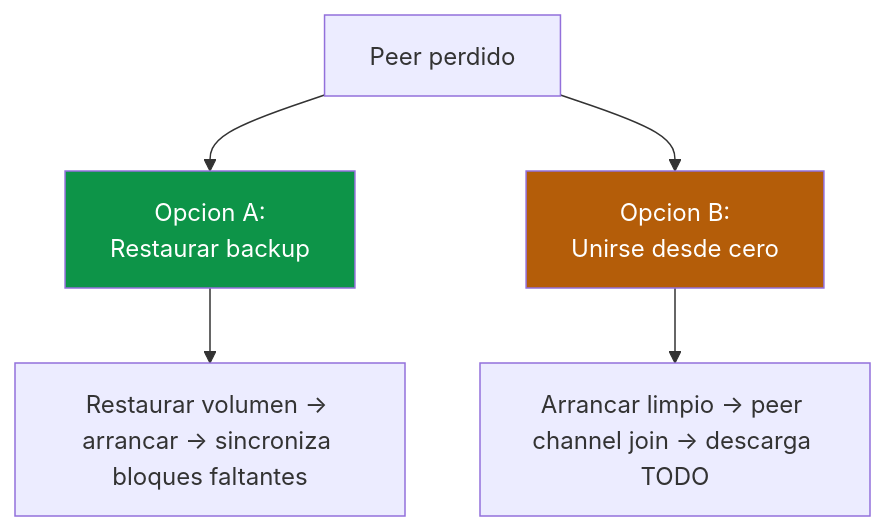
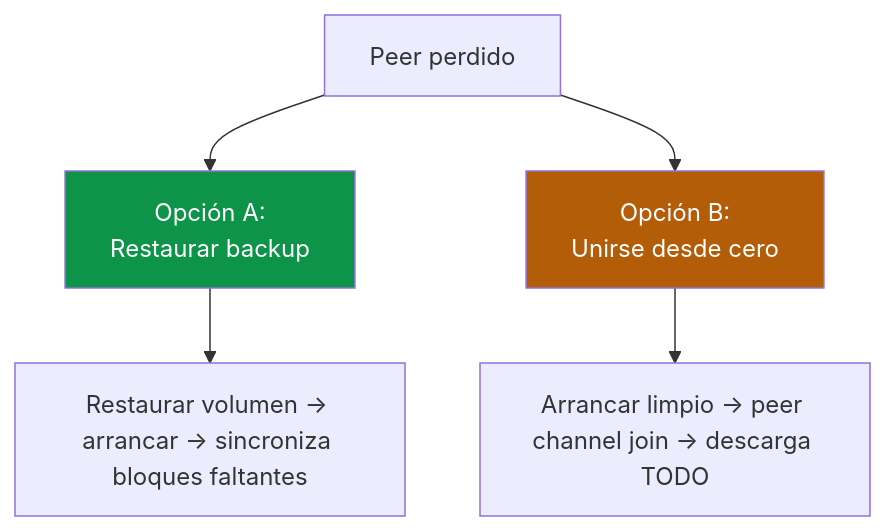
The seventh of 7 diagrams in Modulo-2/06-operaciones-administracion.md (jjnieto/Curso-HLFabric), drawn with Mermaid before and after one commit. The commit also changed other lines of this file, not shown here.

````diff
--- a/Modulo-2/06-operaciones-administracion.md
+++ b/Modulo-2/06-operaciones-administracion.md
@@ -817,11 +1069,11 @@
 ```mermaid
 graph TB
-    LOST["Peer perdido"] --> A["Opcion A:<br/>Restaurar backup"]
-    LOST --> B["Opcion B:<br/>Unirse desde cero"]
+    LOST["Peer perdido"] --> A["Opción A:<br/>Restaurar backup"]
+    LOST --> B["Opción B:<br/>Unirse desde cero"]
 
     A --> A1["Restaurar volumen → arrancar → sincroniza bloques faltantes"]
     B --> B1["Arrancar limpio → peer channel join → descarga TODO"]
 
     style A fill:#0D9448,color:#fff
     style B fill:#B45D09,color:#fff
 ```
````
